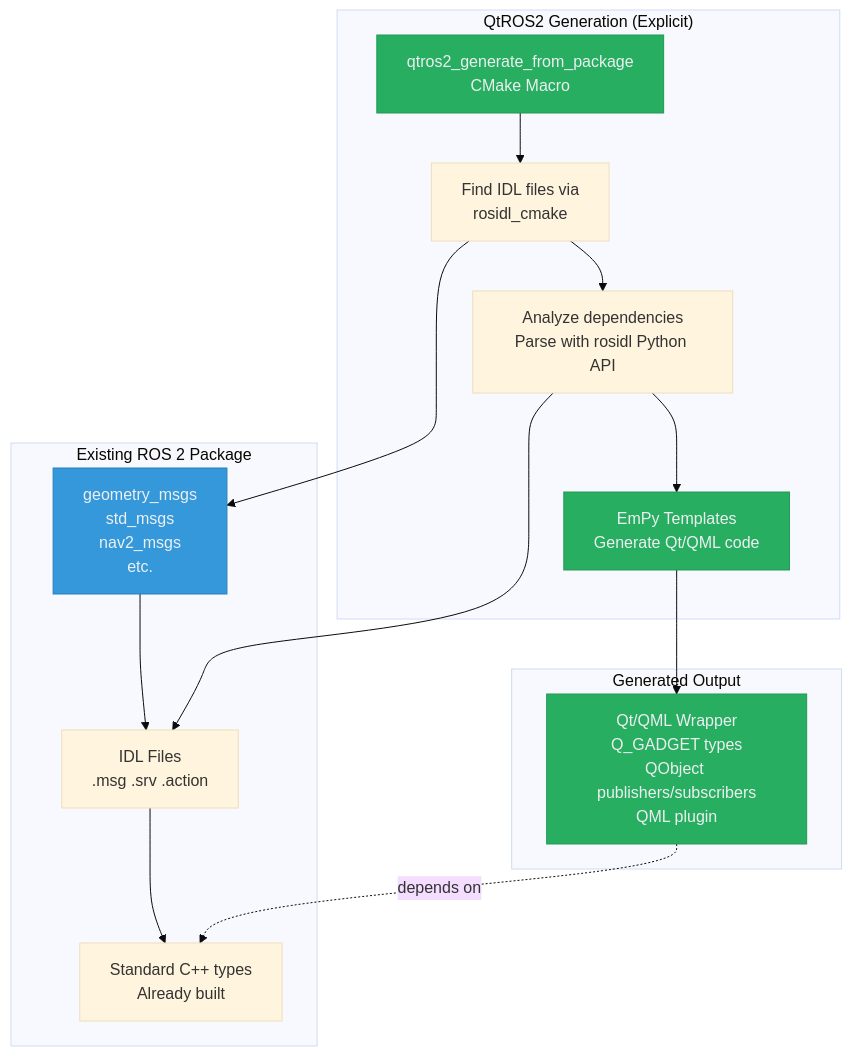
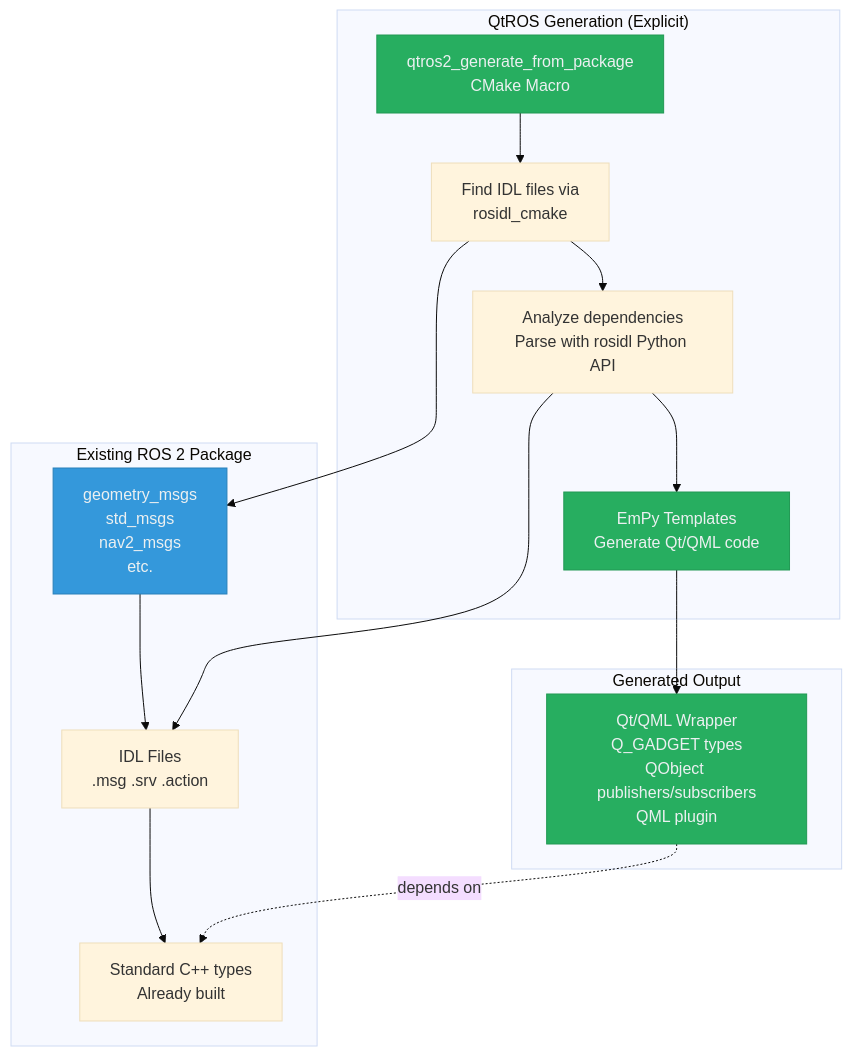
Before and after one commit to TheQtCompanyRnD/qtros: the sixth of 6 diagrams in README.md, drawn with Mermaid (base theme). The commit also changed other lines of this file, not shown here.

````diff
--- a/README.md
+++ b/README.md
@@ -809,35 +977,35 @@
 ```mermaid
 graph TB
     subgraph "Existing ROS 2 Package"
         PKG[geometry_msgs<br/>std_msgs<br/>nav2_msgs<br/>etc.]
         IDL[IDL Files<br/>.msg .srv .action]
         ROSCPP[Standard C++ types<br/>Already built]
     end
 
-    subgraph "QtROS2 Generation (Explicit)"
+    subgraph "QtROS Generation (Explicit)"
         MACRO[qtros2_generate_from_package<br/>CMake Macro]
         FIND[Find IDL files via<br/>rosidl_cmake]
         ANALYZE[Analyze dependencies<br/>Parse with rosidl Python API]
         GEN[EmPy Templates<br/>Generate Qt/QML code]
     end
 
     subgraph "Generated Output"
         QTCODE[Qt/QML Wrapper<br/>Q_GADGET types<br/>QObject publishers/subscribers<br/>QML plugin]
     end
 
     PKG --> IDL
     IDL --> ROSCPP
 
     MACRO --> FIND
     FIND --> PKG
     FIND --> ANALYZE
     ANALYZE --> IDL
     ANALYZE --> GEN
     GEN --> QTCODE
     QTCODE -.depends on.-> ROSCPP
 
     style MACRO fill:#27ae60,stroke:#229954,color:#ecf0f1
     style GEN fill:#27ae60,stroke:#229954,color:#ecf0f1
     style QTCODE fill:#27ae60,stroke:#229954,color:#ecf0f1
     style PKG fill:#3498db,stroke:#2980b9,color:#ecf0f1
 ```
````
